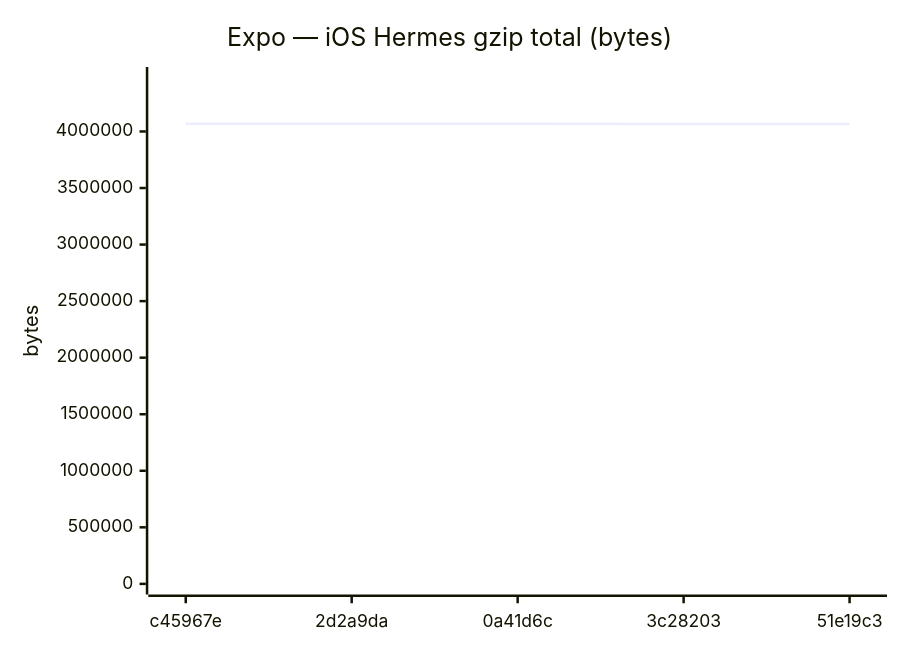
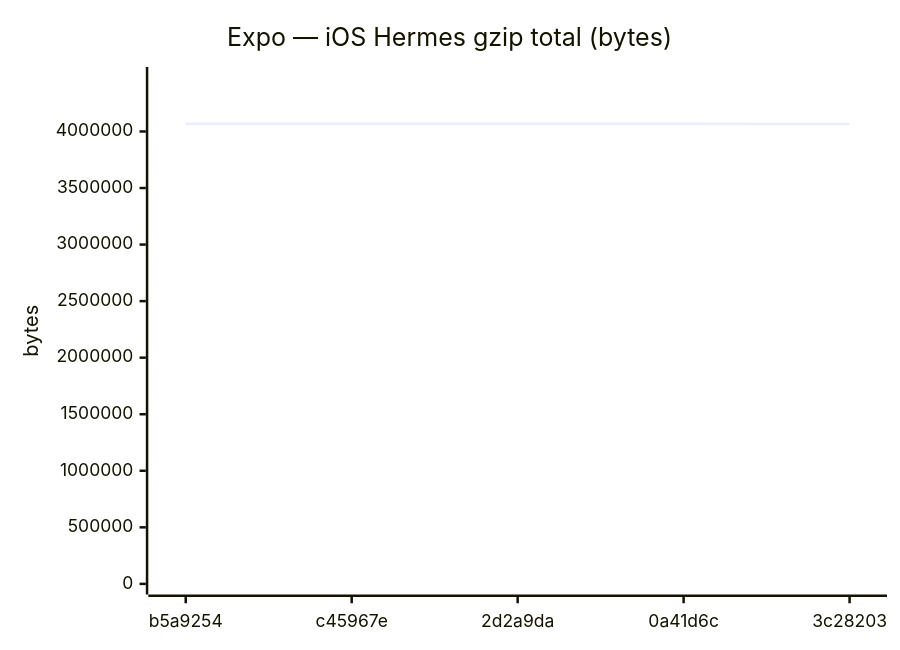
Before and after one commit to Metaheurist/Rianell: diagram 12 of 18 in benchmarks/compare.md, drawn with Mermaid. The commit also changed other lines of this file and 11 other files, not shown here.

````diff
--- a/benchmarks/compare.md
+++ b/benchmarks/compare.md
@@ -179,7 +179,7 @@
 ```mermaid
 xychart-beta
     title "Expo — iOS Hermes gzip total (bytes)"
-    x-axis ["c45967e", "2d2a9da", "0a41d6c", "3c28203", "51e19c3"]
+    x-axis ["b5a9254", "c45967e", "2d2a9da", "0a41d6c", "3c28203"]
     y-axis "bytes" 0 --> 4476025
-    line [4069113, 4069106, 4069107, 4065403, 4065816]
+    line [4069109, 4069113, 4069106, 4069107, 4065403]
 ```
````
